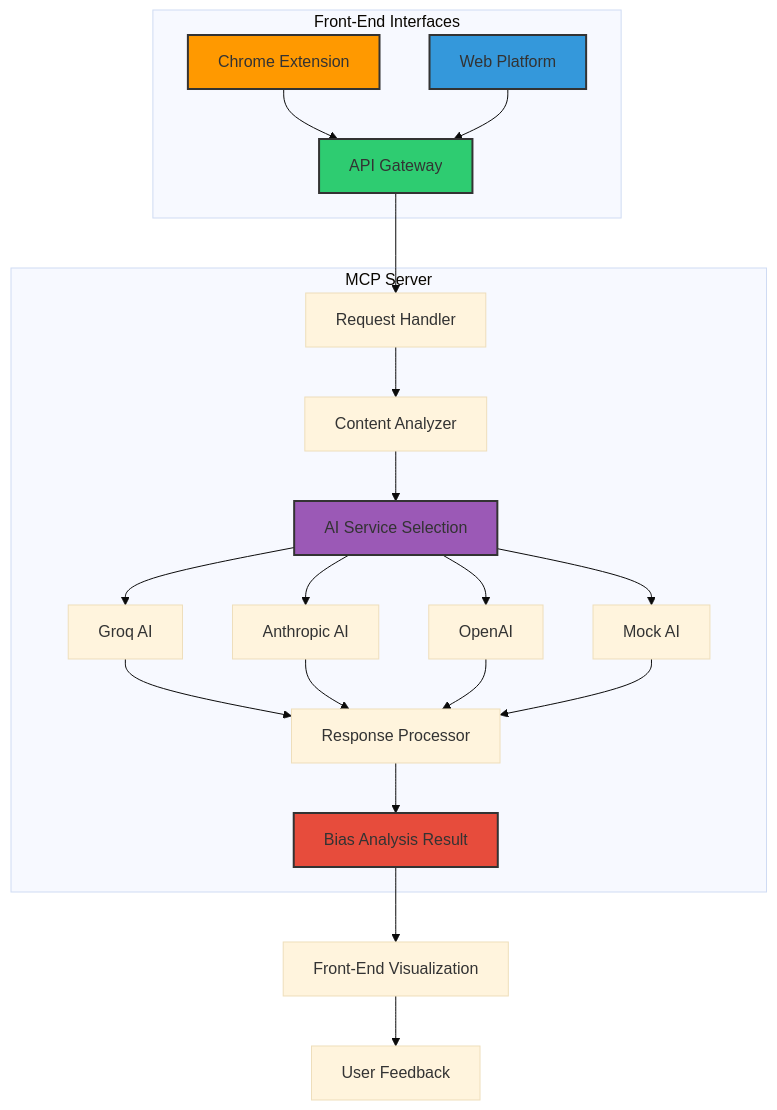
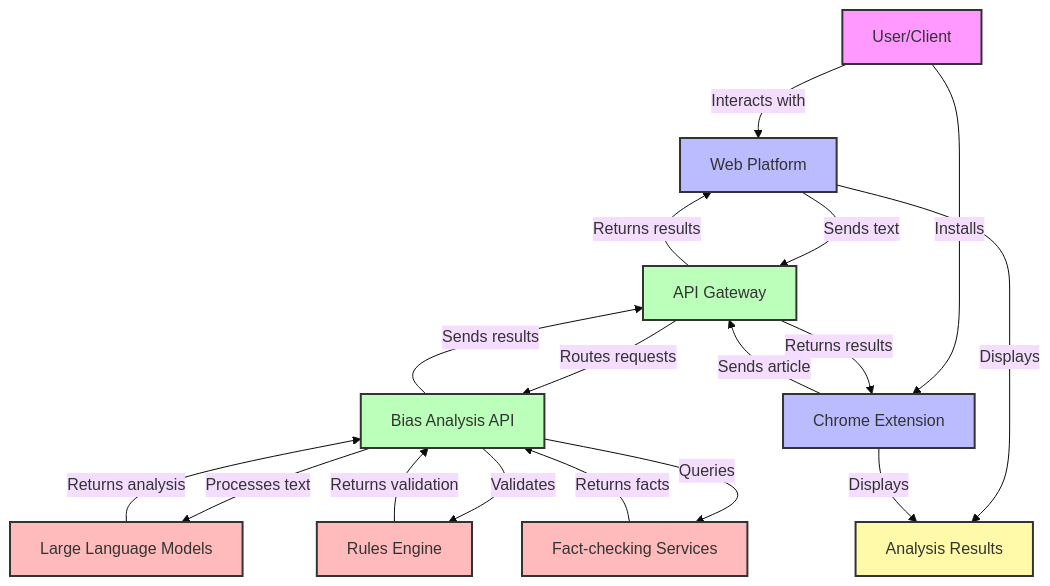
The first of 5 diagrams in FLOWCHART.md (amarzeus/Biasbuster), drawn with Mermaid (base theme) before and after one commit. The commit also changed other lines of this file and 45 other files, not shown here.

````diff
--- a/FLOWCHART.md
+++ b/FLOWCHART.md
@@ -7,31 +7,35 @@
 ```mermaid
 graph TD
-    subgraph "Front-End Interfaces"
-        A[Chrome Extension] --> C
-        B[Web Platform] --> C
-    end
+    User[User/Client] --> |Interacts with| WebPlatform[Web Platform]
+    User --> |Installs| ChromeExt[Chrome Extension]
     
-    subgraph "MCP Server"
-        C[API Gateway] --> D[Request Handler]
-        D --> E[Content Analyzer]
-        E --> F[AI Service Selection]
-        F --> G1[Groq AI]
-        F --> G2[Anthropic AI]
-        F --> G3[OpenAI]
-        F --> G4[Mock AI]
-        G1 --> H
-        G2 --> H
-        G3 --> H
-        G4 --> H
-        H[Response Processor] --> I[Bias Analysis Result]
-    end
+    ChromeExt --> |Sends article| APIGateway[API Gateway]
+    WebPlatform --> |Sends text| APIGateway
     
-    I --> J[Front-End Visualization]
-    J --> K[User Feedback]
+    APIGateway --> |Routes requests| BiasAPI[Bias Analysis API]
     
-    style A fill:#ff9900,stroke:#333,stroke-width:2px
-    style B fill:#3498db,stroke:#333,stroke-width:2px
-    style C fill:#2ecc71,stroke:#333,stroke-width:2px
-    style F fill:#9b59b6,stroke:#333,stroke-width:2px
-    style I fill:#e74c3c,stroke:#333,stroke-width:2px
+    BiasAPI --> |Processes text| LLM[Large Language Models]
+    BiasAPI --> |Validates| Rules[Rules Engine]
+    BiasAPI --> |Queries| FactCheck[Fact-checking Services]
+    
+    LLM --> |Returns analysis| BiasAPI
+    Rules --> |Returns validation| BiasAPI
+    FactCheck --> |Returns facts| BiasAPI
+    
+    BiasAPI --> |Sends results| APIGateway
+    APIGateway --> |Returns results| WebPlatform
+    APIGateway --> |Returns results| ChromeExt
+    
+    WebPlatform --> |Displays| Results[Analysis Results]
+    ChromeExt --> |Displays| Results
+    
+    style User fill:#f9f,stroke:#333,stroke-width:2px
+    style WebPlatform fill:#bbf,stroke:#333,stroke-width:2px
+    style ChromeExt fill:#bbf,stroke:#333,stroke-width:2px
+    style APIGateway fill:#bfb,stroke:#333,stroke-width:2px
+    style BiasAPI fill:#bfb,stroke:#333,stroke-width:2px
+    style LLM fill:#fbb,stroke:#333,stroke-width:2px
+    style Rules fill:#fbb,stroke:#333,stroke-width:2px
+    style FactCheck fill:#fbb,stroke:#333,stroke-width:2px
+    style Results fill:#fffaaa,stroke:#333,stroke-width:2px
 ```
````
